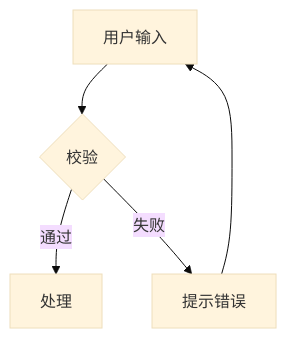
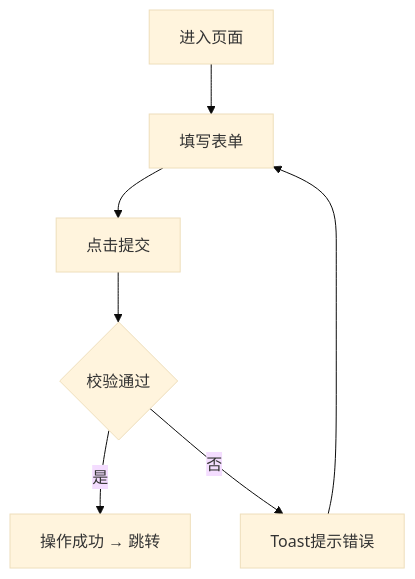
Before and after one commit to lyuxiaohei/logic-list-spec: the first of 2 diagrams in rules/flowchart-rules.md, drawn with Mermaid (base theme). The commit also changed other lines of this file and 3 other files, not shown here.

First line of the commit message:
refactor: V0.22 集成diagram-design辅助技能，SKILL.md路由化，新增VERSIONING.md

````diff
--- a/rules/flowchart-rules.md
+++ b/rules/flowchart-rules.md
@@ -135,7 +222,9 @@
 ```mermaid
-flowchart TB
-    Input[用户输入] --> Validate{校验}
-    Validate -->|通过| Process[处理]
-    Validate -->|失败| Error[提示错误]
-    Error --> Input
+flowchart TD
+    A[进入页面] --> B[填写表单]
+    B --> C[点击提交]
+    C --> D{校验通过}
+    D -->|是| E[操作成功 → 跳转]
+    D -->|否| F[Toast提示错误]
+    F --> B
 ```
````
